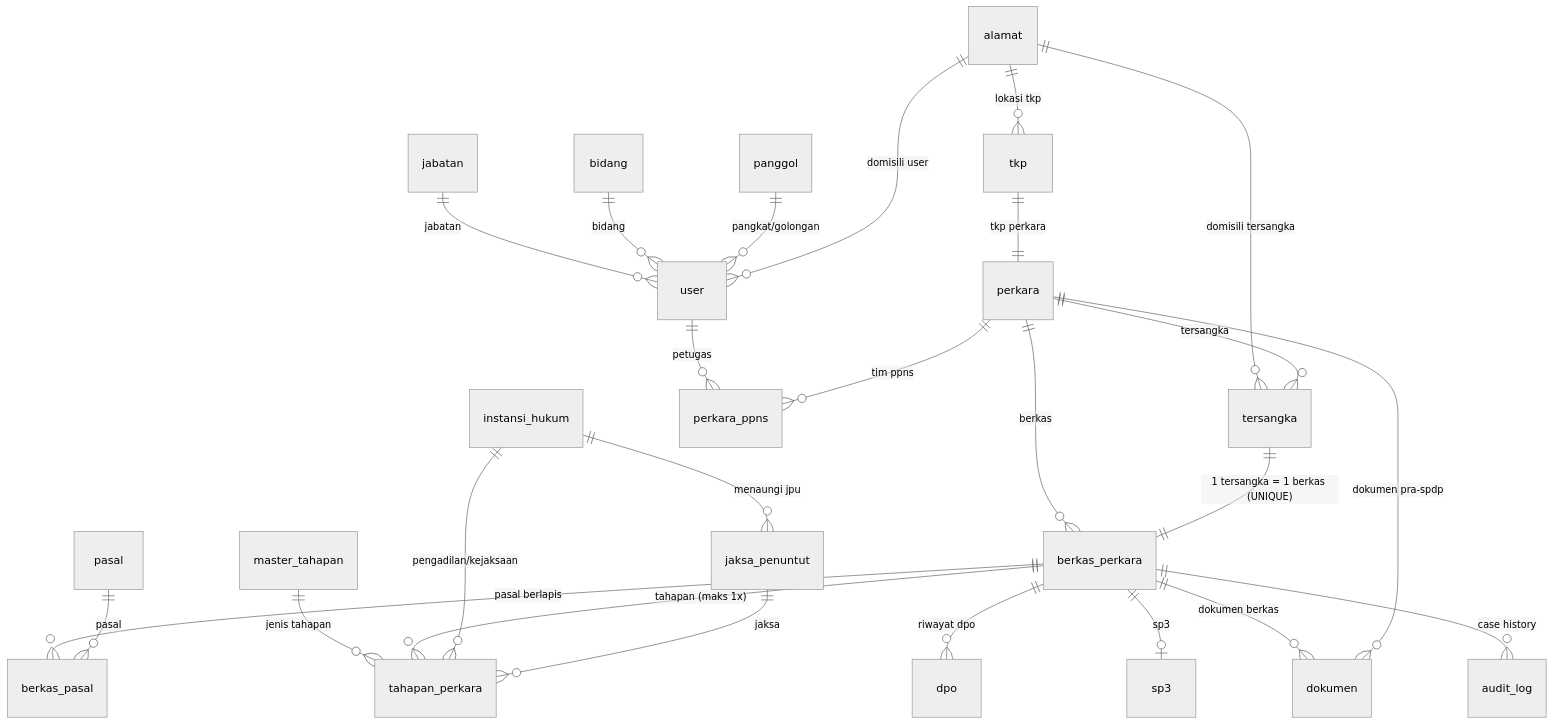
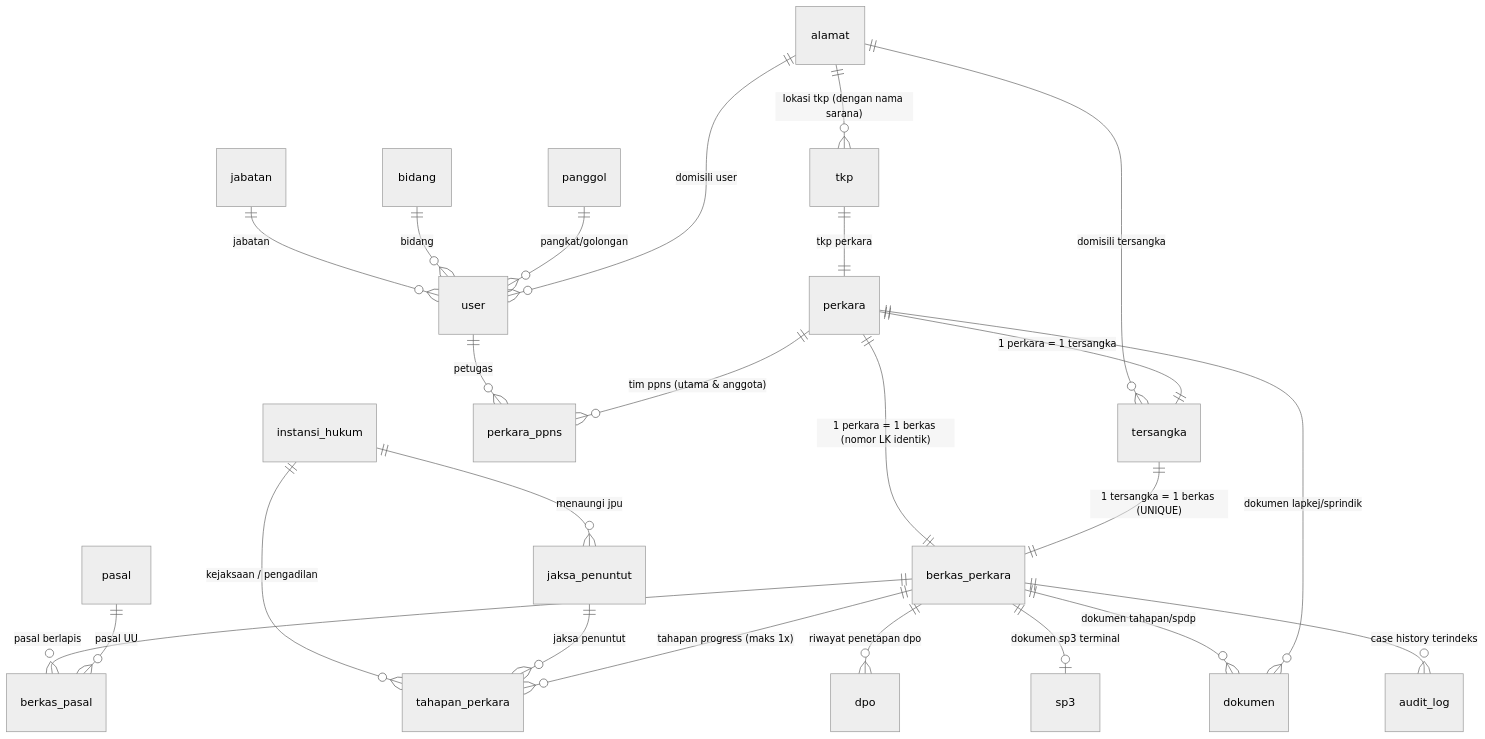
Before and after one commit to waris-arjuna/BAPTwo: the second of 3 diagrams in ARCHITECTURE.md, drawn with Mermaid (neutral theme). The commit also changed other lines of this file and 36 other files, not shown here.

Commit message:
feat: standardisasi 20 data dummy, kolom nama alamat tkp, format ekspor excel, dan pembaruan dokumen proyek

````diff
--- a/ARCHITECTURE.md
+++ b/ARCHITECTURE.md
@@ -51,33 +65,32 @@
 ```mermaid
 erDiagram
     jabatan ||--o{ user : "jabatan"
     bidang ||--o{ user : "bidang"
     panggol ||--o{ user : "pangkat/golongan"
 
     alamat ||--o{ user : "domisili user"
-    alamat ||--o{ tkp : "lokasi tkp"
+    alamat ||--o{ tkp : "lokasi tkp (dengan nama sarana)"
     alamat ||--o{ tersangka : "domisili tersangka"
 
     tkp ||--|| perkara : "tkp perkara"
     user ||--o{ perkara_ppns : "petugas"
-    perkara ||--o{ perkara_ppns : "tim ppns"
+    perkara ||--o{ perkara_ppns : "tim ppns (utama & anggota)"
 
-    perkara ||--o{ tersangka : "tersangka"
-    perkara ||--o{ berkas_perkara : "berkas"
+    perkara ||--|| tersangka : "1 perkara = 1 tersangka"
+    perkara ||--|| berkas_perkara : "1 perkara = 1 berkas (nomor LK identik)"
     tersangka ||--|| berkas_perkara : "1 tersangka = 1 berkas (UNIQUE)"
 
     berkas_perkara ||--o{ berkas_pasal : "pasal berlapis"
-    pasal ||--o{ berkas_pasal : "pasal"
+    pasal ||--o{ berkas_pasal : "pasal UU"
 
     instansi_hukum ||--o{ jaksa_penuntut : "menaungi jpu"
-    master_tahapan ||--o{ tahapan_perkara : "jenis tahapan"
-    berkas_perkara ||--o{ tahapan_perkara : "tahapan (maks 1x)"
-    instansi_hukum ||--o{ tahapan_perkara : "pengadilan/kejaksaan"
-    jaksa_penuntut ||--o{ tahapan_perkara : "jaksa"
+    instansi_hukum ||--o{ tahapan_perkara : "kejaksaan / pengadilan"
+    jaksa_penuntut ||--o{ tahapan_perkara : "jaksa penuntut"
+    berkas_perkara ||--o{ tahapan_perkara : "tahapan progress (maks 1x)"
 
-    berkas_perkara ||--o{ dpo : "riwayat dpo"
-    berkas_perkara ||--o| sp3 : "sp3"
-    berkas_perkara ||--o{ dokumen : "dokumen berkas"
-    perkara ||--o{ dokumen : "dokumen pra-spdp"
-    berkas_perkara ||--o{ audit_log : "case history"
+    berkas_perkara ||--o{ dpo : "riwayat penetapan dpo"
+    berkas_perkara ||--o| sp3 : "dokumen sp3 terminal"
+    berkas_perkara ||--o{ dokumen : "dokumen tahapan/spdp"
+    perkara ||--o{ dokumen : "dokumen lapkej/sprindik"
+    berkas_perkara ||--o{ audit_log : "case history terindeks"
 ```
````
